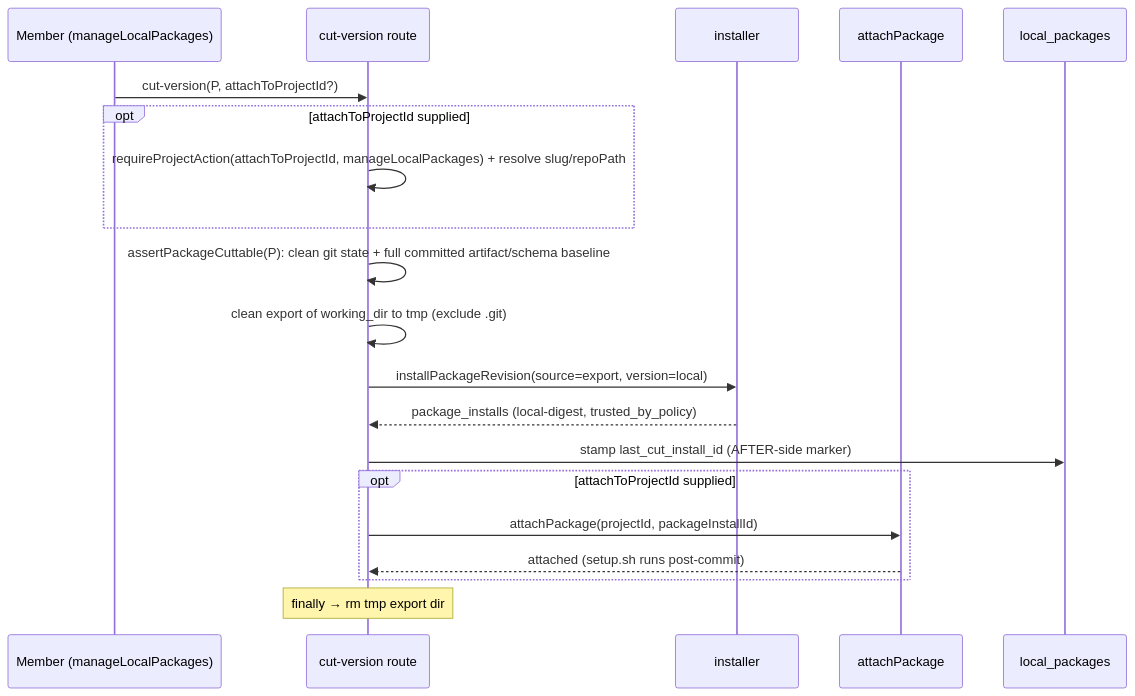
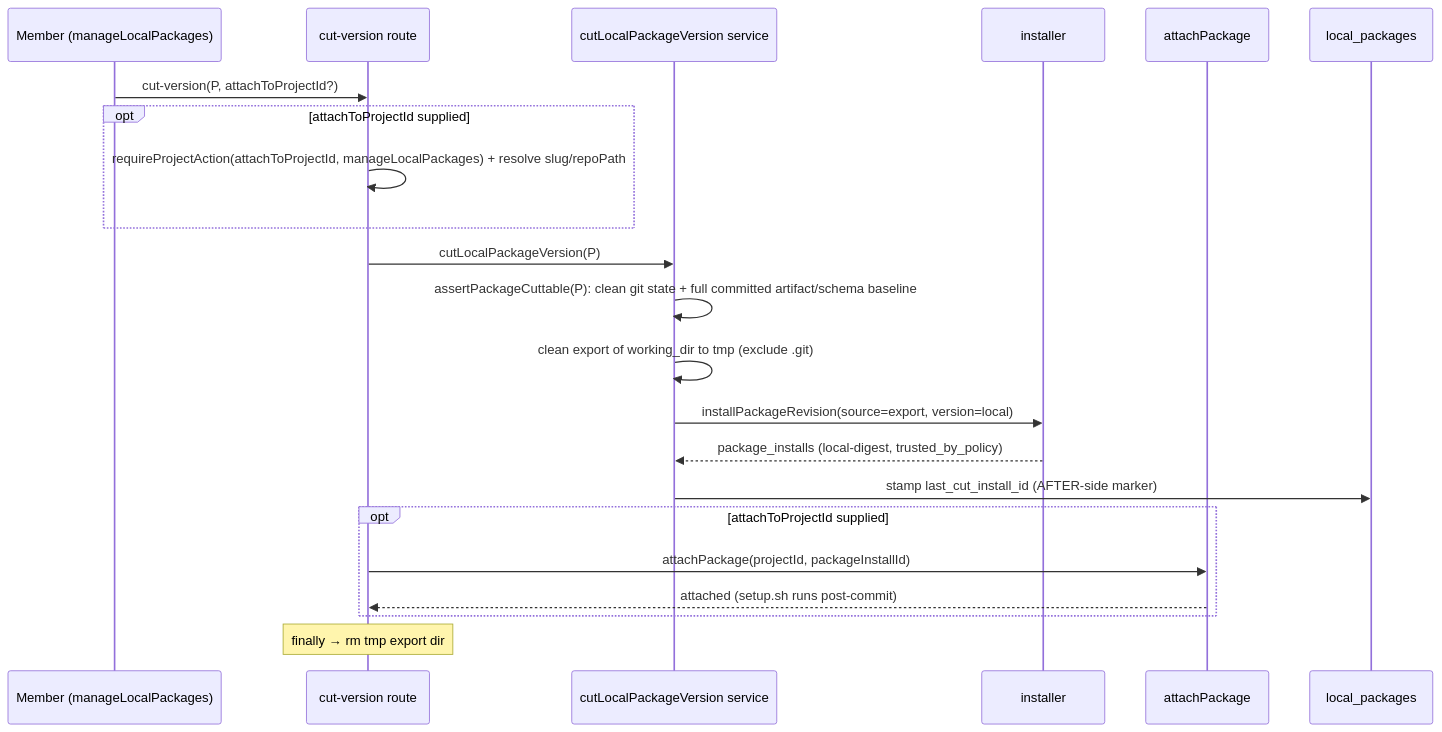
The fifth of 13 diagrams in docs/system-analytics/local-packages.md (maister-dev/maister), drawn with Mermaid before and after one commit. The commit also changed other lines of this file and 17 other files, not shown here.

Commit message:
fix(studio): close create flow verification gaps

````diff
--- a/docs/system-analytics/local-packages.md
+++ b/docs/system-analytics/local-packages.md
@@ -166,22 +166,24 @@
 ```mermaid
 sequenceDiagram
     participant U as Member (manageLocalPackages)
     participant C as cut-version route
+    participant V as cutLocalPackageVersion service
     participant I as installer
     participant A as attachPackage
     participant DB as local_packages
     U->>C: cut-version(P, attachToProjectId?)
     opt attachToProjectId supplied
         C->>C: requireProjectAction(attachToProjectId, manageLocalPackages) + resolve slug/repoPath
     end
-    C->>C: assertPackageCuttable(P): clean git state + full committed artifact/schema baseline
-    C->>C: clean export of working_dir to tmp (exclude .git)
-    C->>I: installPackageRevision(source=export, version=local)
-    I-->>C: package_installs (local-digest, trusted_by_policy)
-    C->>DB: stamp last_cut_install_id (AFTER-side marker)
+    C->>V: cutLocalPackageVersion(P)
+    V->>V: assertPackageCuttable(P): clean git state + full committed artifact/schema baseline
+    V->>V: clean export of working_dir to tmp (exclude .git)
+    V->>I: installPackageRevision(source=export, version=local)
+    I-->>V: package_installs (local-digest, trusted_by_policy)
+    V->>DB: stamp last_cut_install_id (AFTER-side marker)
     opt attachToProjectId supplied
         C->>A: attachPackage(projectId, packageInstallId)
         A-->>C: attached (setup.sh runs post-commit)
     end
     Note over C: finally → rm tmp export dir
 ```
````
